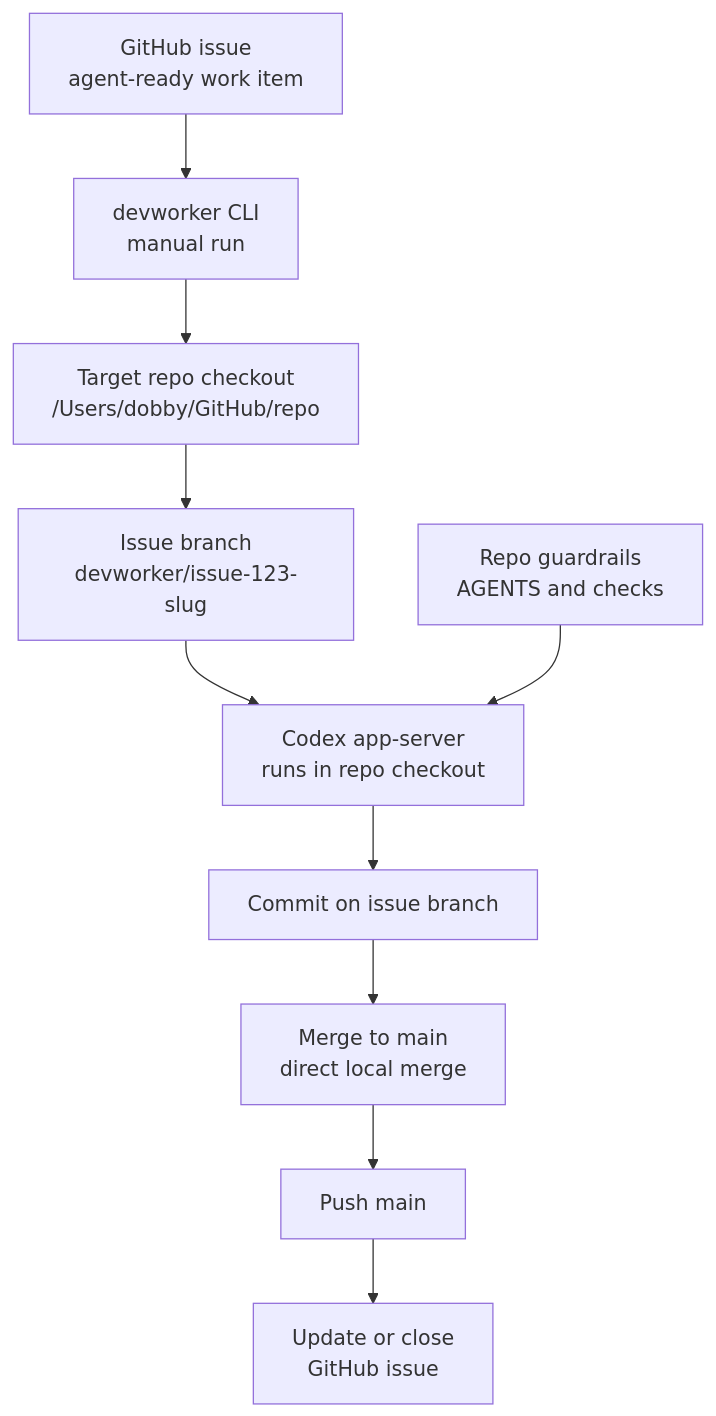
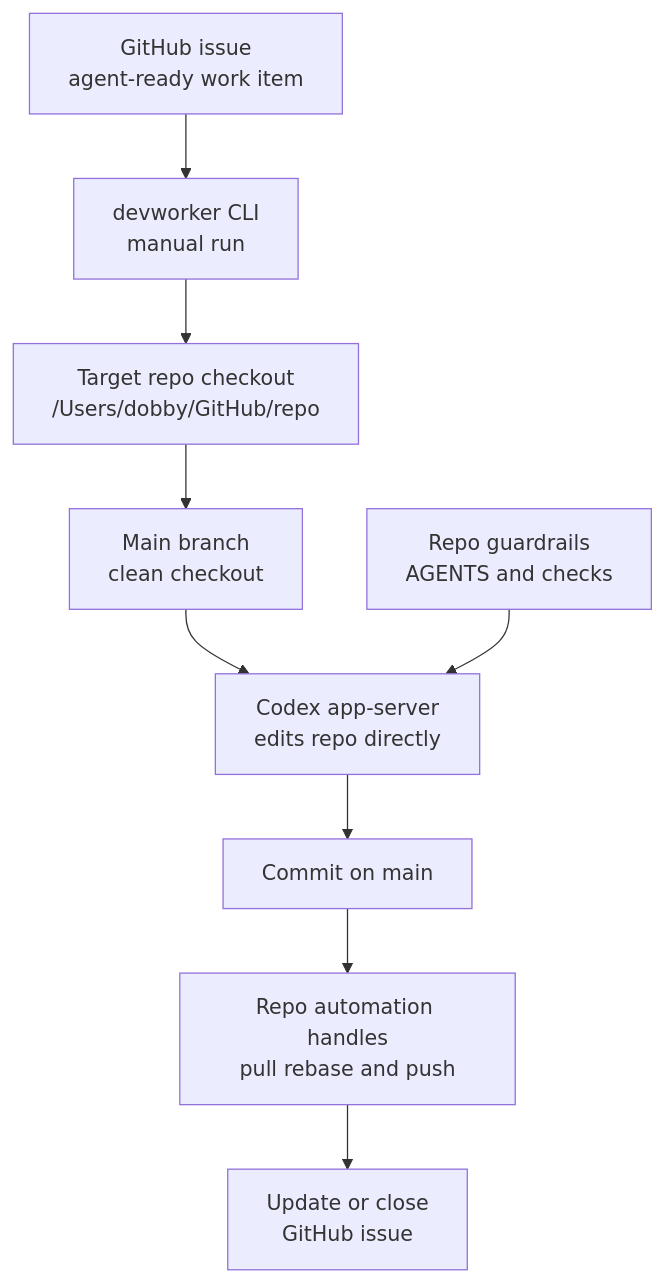
One commit to wisdom-in-a-nutshell/.agents changed the diagram in docs/architecture/devworker-orchestration.md. Above: the diagram before and after it, drawn with Mermaid. The commit also changed other lines of this file, not shown here.

````diff
--- a/docs/architecture/devworker-orchestration.md
+++ b/docs/architecture/devworker-orchestration.md
@@ -9,23 +9,21 @@
 ```mermaid
 flowchart TD
     A[GitHub issue<br/>agent-ready work item]
     B[devworker CLI<br/>manual run]
     C[Target repo checkout<br/>/Users/dobby/GitHub/repo]
-    D[Issue branch<br/>devworker/issue-123-slug]
-    E[Codex app-server<br/>runs in repo checkout]
+    D[Main branch<br/>clean checkout]
+    E[Codex app-server<br/>edits repo directly]
     F[Repo guardrails<br/>AGENTS and checks]
-    G[Commit on issue branch]
-    H[Merge to main<br/>direct local merge]
-    I[Push main]
+    G[Commit on main]
+    H[Repo automation handles<br/>pull rebase and push]
     J[Update or close<br/>GitHub issue]
 
     A --> B
     B --> C
     C --> D
     D --> E
     F --> E
     E --> G
     G --> H
-    H --> I
-    I --> J
+    H --> J
 ```
````
